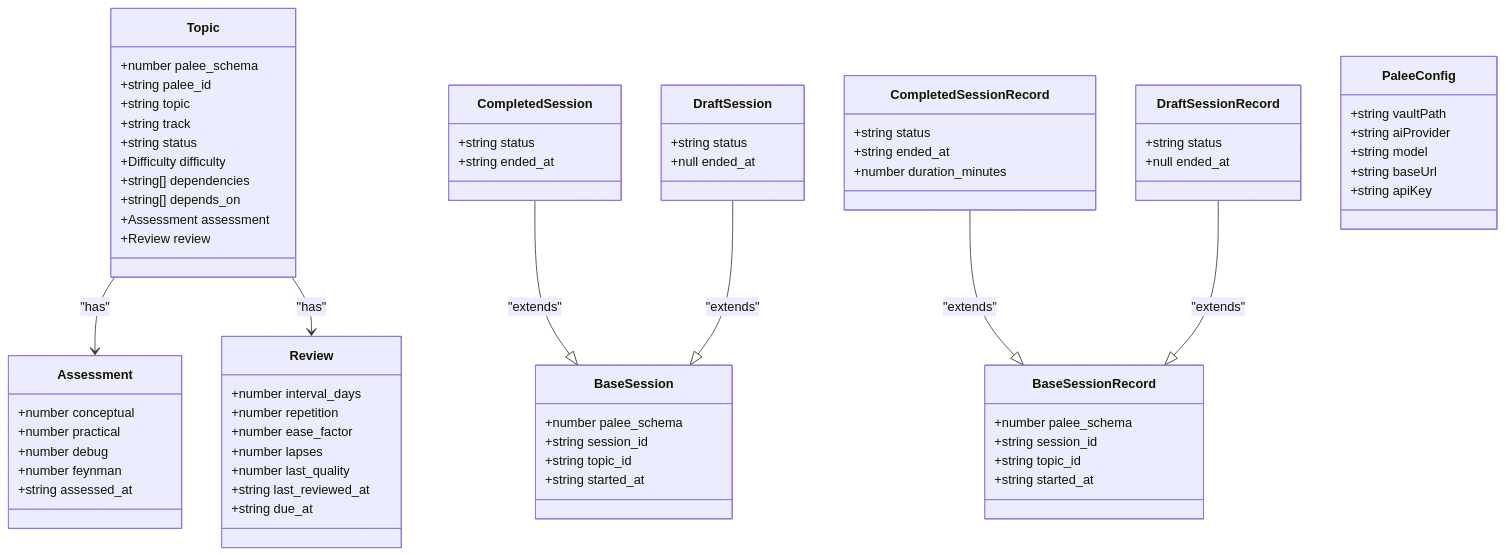
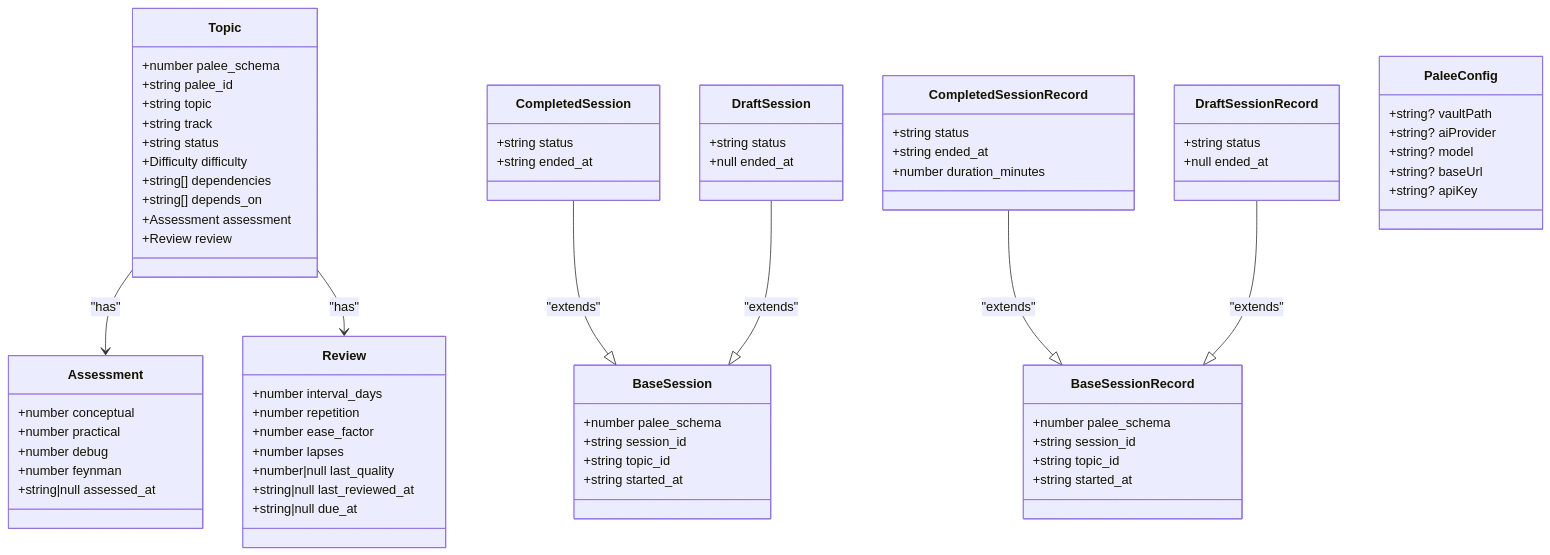
One commit to Kuldeep2822k/palee-architecture changed the second of 7 diagrams in Data Models and Types/Data Models and Types.md. Above: the diagram before and after it, drawn with Mermaid. The commit also changed other lines of this file and 7 other files, not shown here.

```diff
--- a/Data Models and Types/Data Models and Types.md
+++ b/Data Models and Types/Data Models and Types.md
@@ -393,7 +395,7 @@
         +number practical
         +number debug
         +number feynman
-        +string assessed_at
+        +string|null assessed_at
     }
 
     class Review {
@@ -401,9 +403,9 @@
         +number repetition
         +number ease_factor
         +number lapses
-        +number last_quality
-        +string last_reviewed_at
-        +string due_at
+        +number|null last_quality
+        +string|null last_reviewed_at
+        +string|null due_at
     }
 
     class Topic {
@@ -455,11 +457,11 @@
     }
 
     class PaleeConfig {
-        +string vaultPath
-        +string aiProvider
-        +string model
-        +string baseUrl
-        +string apiKey
+        +string? vaultPath
+        +string? aiProvider
+        +string? model
+        +string? baseUrl
+        +string? apiKey
     }
 
     Topic --> Assessment : "has"
```
